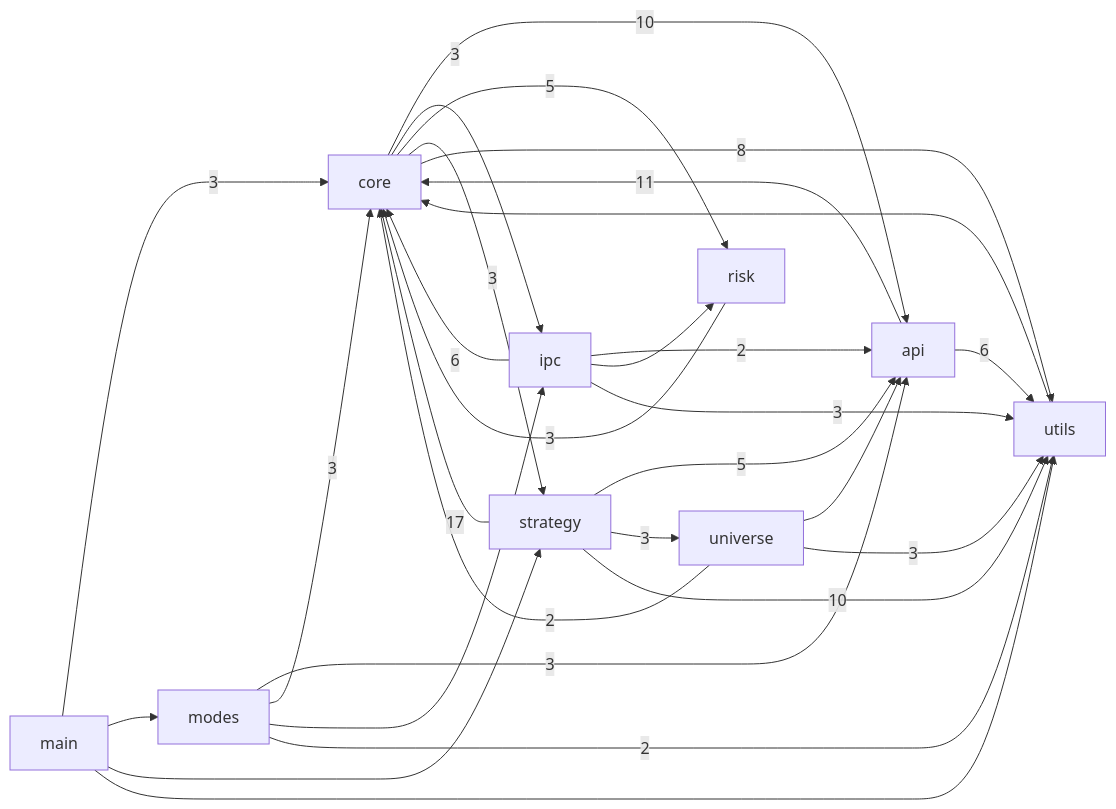
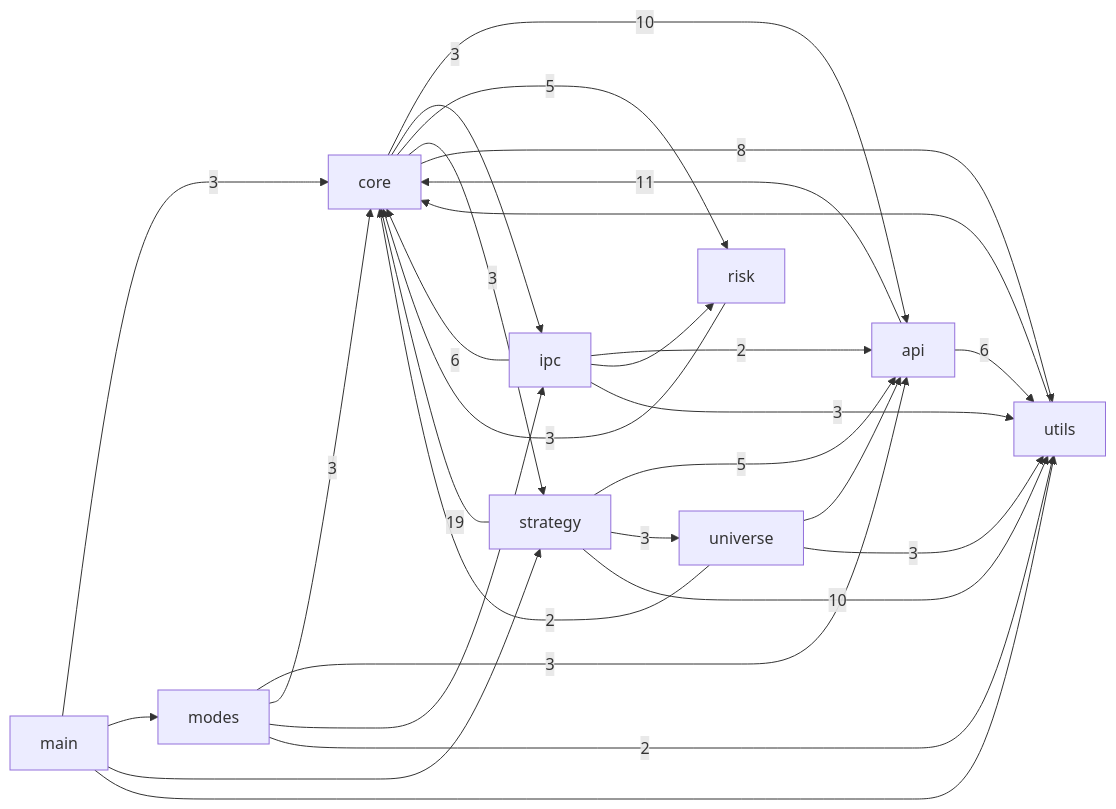
Before and after one commit to pypy8171/Quant: the first of 3 diagrams in docs/CODE_GRAPH.md, drawn with Mermaid. The commit also changed other lines of this file and 11 other files, not shown here.

````diff
--- a/docs/CODE_GRAPH.md
+++ b/docs/CODE_GRAPH.md
@@ -10,40 +10,40 @@
 ```mermaid
 graph LR
   main[main]
   modes[modes]
   core[core]
   strategy[strategy]
   api[api]
   universe[universe]
   risk[risk]
   ipc[ipc]
   utils[utils]
   api -->|11| core
   api -->|6| utils
   core -->|10| api
   core -->|3| ipc
   core -->|5| risk
   core -->|3| strategy
   core -->|8| utils
   ipc -->|2| api
   ipc -->|6| core
   ipc --> risk
   ipc -->|3| utils
   main -->|3| core
   main --> modes
   main --> strategy
   main --> utils
   modes -->|3| api
   modes -->|3| core
   modes --> ipc
   modes -->|2| utils
   risk -->|3| core
   strategy -->|5| api
-  strategy -->|17| core
+  strategy -->|19| core
   strategy -->|3| universe
   strategy -->|10| utils
   universe --> api
   universe -->|2| core
   universe -->|3| utils
   utils --> core
 ```
````
